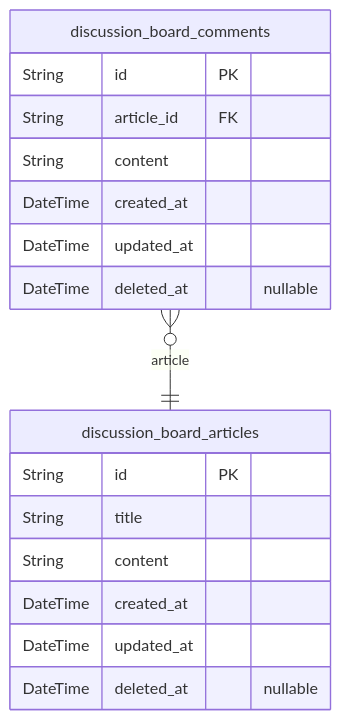
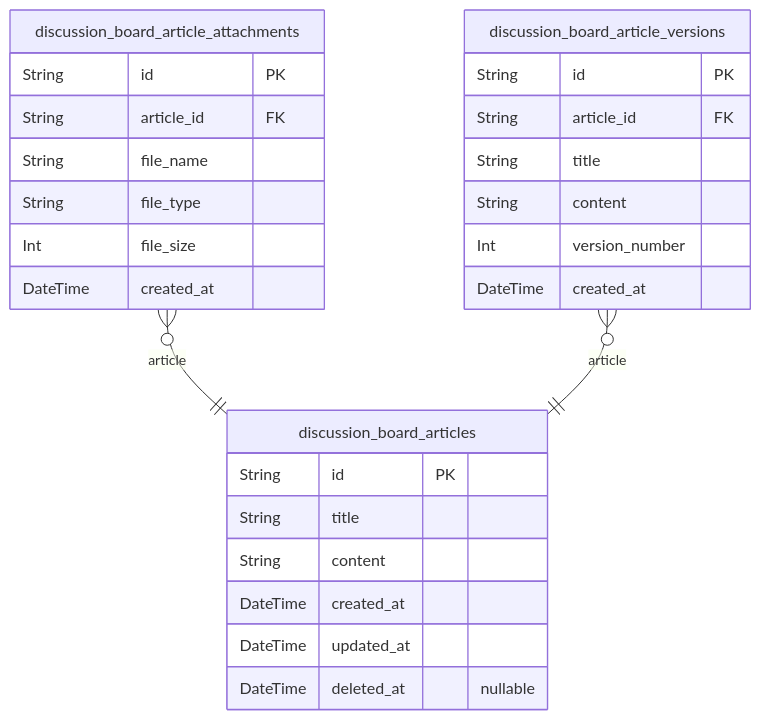
Before and after one commit to wrtnlabs/autobe-examples: the third of 5 diagrams in meta-llama/llama-4-maverick/bbs/docs/ERD.md, drawn with Mermaid. The commit also changed other lines of this file and 3569 other files, not shown here.

````diff
--- a/meta-llama/llama-4-maverick/bbs/docs/ERD.md
+++ b/meta-llama/llama-4-maverick/bbs/docs/ERD.md
@@ -145,20 +155,29 @@
 ```mermaid
 erDiagram
 "discussion_board_articles" {
   String id PK
   String title
   String content
   DateTime created_at
   DateTime updated_at
   DateTime deleted_at "nullable"
 }
-"discussion_board_comments" {
+"discussion_board_article_attachments" {
   String id PK
   String article_id FK
+  String file_name
+  String file_type
+  Int file_size
+  DateTime created_at
+}
+"discussion_board_article_versions" {
+  String id PK
+  String article_id FK
+  String title
   String content
+  Int version_number
   DateTime created_at
-  DateTime updated_at
-  DateTime deleted_at "nullable"
 }
-"discussion_board_comments" }o--|| "discussion_board_articles" : article
+"discussion_board_article_attachments" }o--|| "discussion_board_articles" : article
+"discussion_board_article_versions" }o--|| "discussion_board_articles" : article
 ```
````
